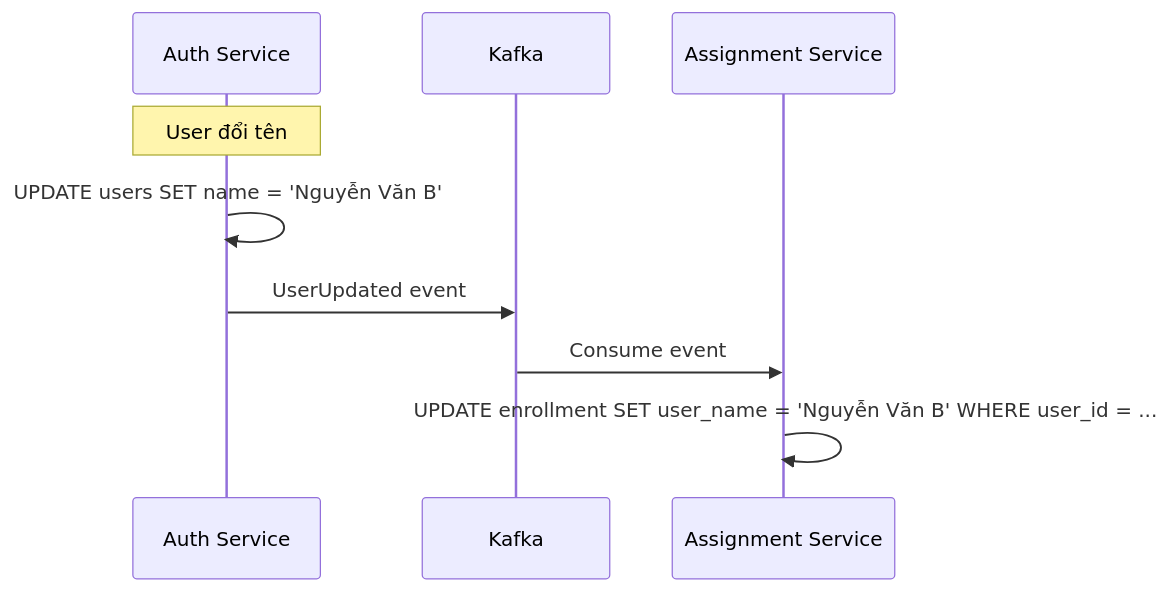
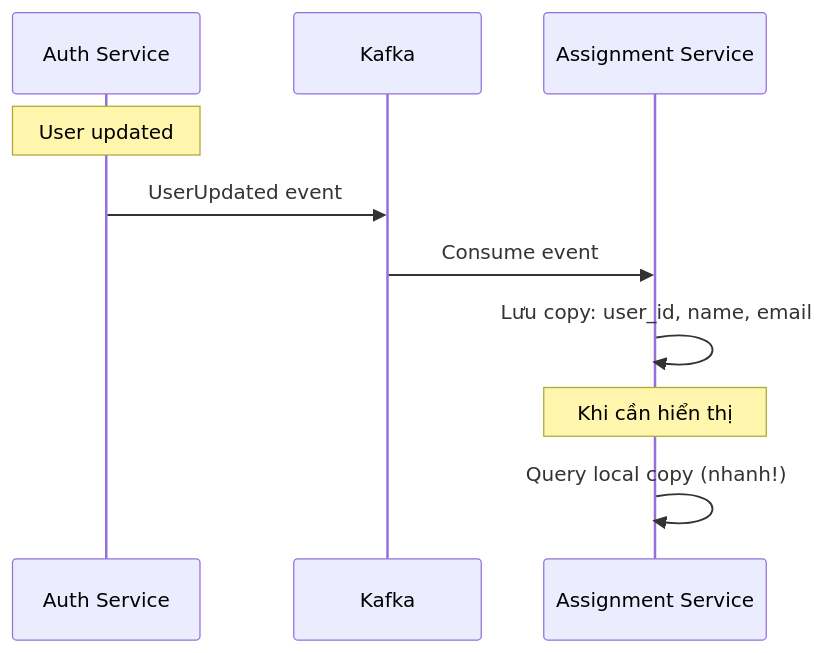
One commit to hungdn1701/ptit-microservice-textbook changed the fifth of 9 diagrams in manuscript/chapter-07.md. Above: the diagram before and after it, drawn with Mermaid. The commit also changed other lines of this file and 33 other files, not shown here.

````diff
--- a/manuscript/chapter-07.md
+++ b/manuscript/chapter-07.md
@@ -180,13 +182,14 @@
 ```mermaid
 sequenceDiagram
-    participant AS as Auth Service
+    participant AUTH as Auth Service
     participant K as Kafka
-    participant ES as Assignment Service
+    participant AS as Assignment Service
     
-    Note over AS: User đổi tên
-    AS->>AS: UPDATE users SET name = 'Nguyễn Văn B'
-    AS->>K: UserUpdated event
+    Note over AUTH: User updated
+    AUTH->>K: UserUpdated event
+    K->>AS: Consume event
+    AS->>AS: Lưu copy: user_id, name, email
     
-    K->>ES: Consume event
-    ES->>ES: UPDATE enrollment SET user_name = 'Nguyễn Văn B' WHERE user_id = ...
+    Note over AS: Khi cần hiển thị
+    AS->>AS: Query local copy (nhanh!)
 ```
````
